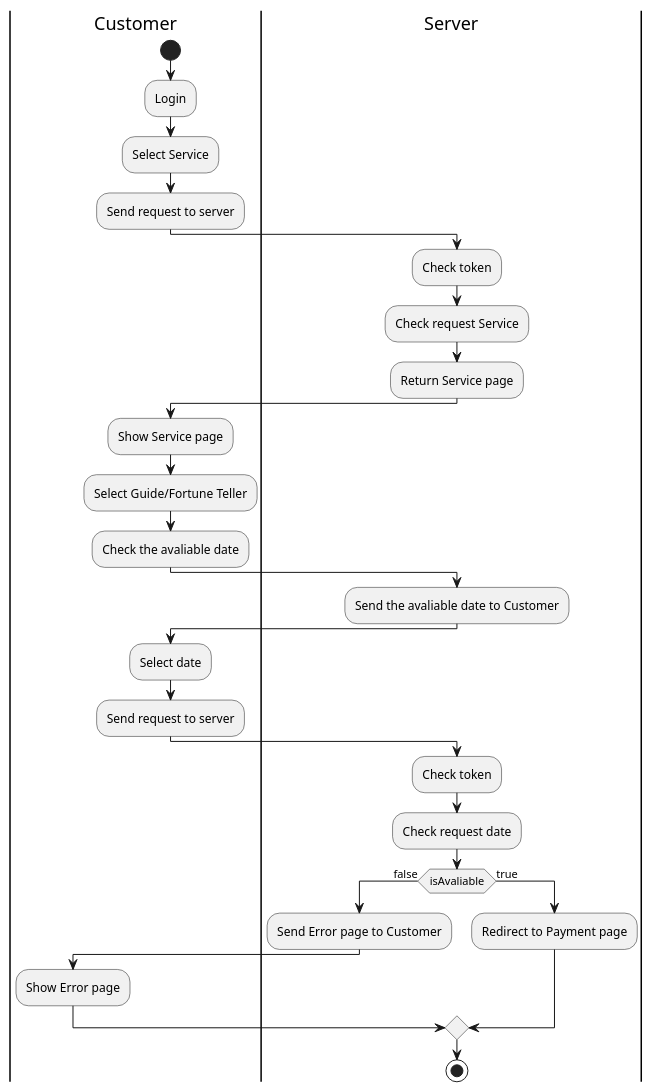
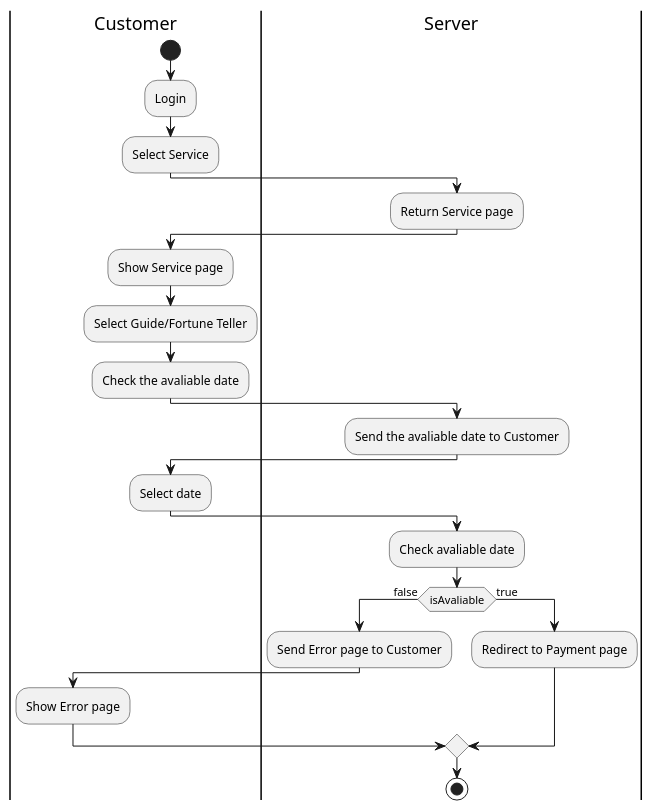
One commit to Nxwbtk/SA-Diagram changed the third of 7 diagrams in activity-diagram.plantuml. Above: the diagram before and after it, drawn with PlantUML. The commit also changed other lines of this file and 9 other files, not shown here.

```diff
--- a/activity-diagram.plantuml
+++ b/activity-diagram.plantuml
@@ -67,32 +60,27 @@
 @startuml
 |Customer|
 start
 :Login;
 :Select Service;
-:Send request to server;
 |Server|
-:Check token;
-:Check request Service;
 :Return Service page;
 |Customer|
 :Show Service page;
 :Select Guide/Fortune Teller;
 :Check the avaliable date;
 |Server|
 :Send the avaliable date to Customer;
 |Customer|
 :Select date;
-:Send request to server;
 |Server|
-:Check token;
-:Check request date;
+:Check avaliable date;
 if (isAvaliable) is (false) then
 	:Send Error page to Customer;
 	|Customer|
 	:Show Error page;
 else (true)
 	|Server|
 	:Redirect to Payment page;
 endif
 stop
 @enduml
```
